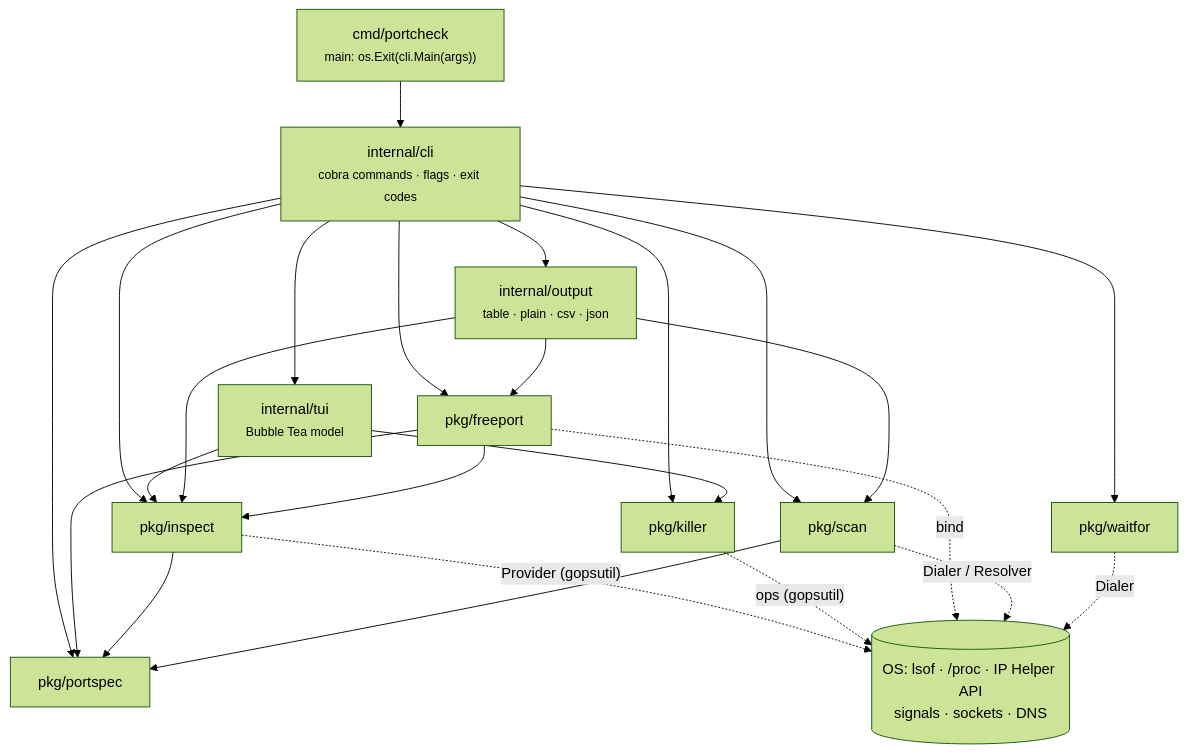
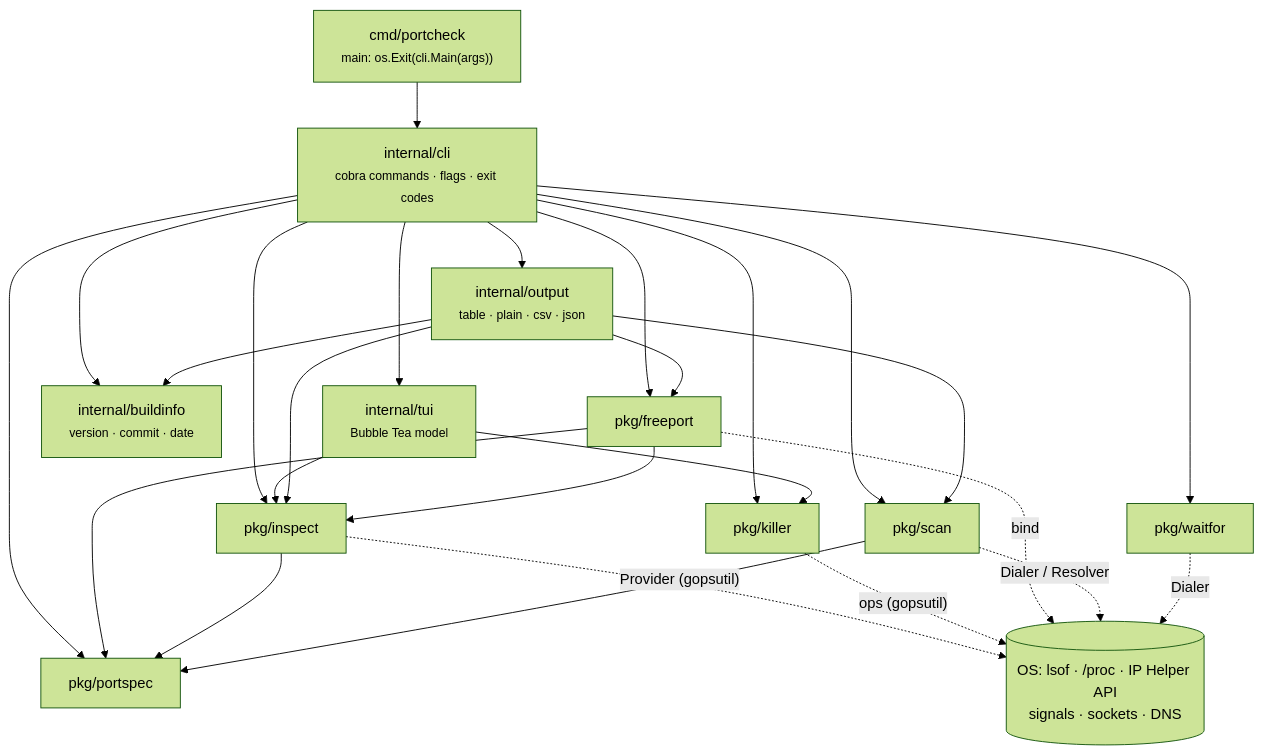
One commit to roystondwork-dev/portcheck changed the first of 2 diagrams in docs/architecture.md. Above: the diagram before and after it, drawn with Mermaid (forest theme). The commit also changed other lines of this file and 20 other files, not shown here.

````diff
--- a/docs/architecture.md
+++ b/docs/architecture.md
@@ -5,28 +5,30 @@
 ```mermaid
 flowchart TD
     main["cmd/portcheck<br/><small>main: os.Exit(cli.Main(args))</small>"]
     cli["internal/cli<br/><small>cobra commands · flags · exit codes</small>"]
     out["internal/output<br/><small>table · plain · csv · json</small>"]
     tui["internal/tui<br/><small>Bubble Tea model</small>"]
+    bi["internal/buildinfo<br/><small>version · commit · date</small>"]
     portspec["pkg/portspec"]
     inspect["pkg/inspect"]
     freeport["pkg/freeport"]
     killer["pkg/killer"]
     scan["pkg/scan"]
     waitfor["pkg/waitfor"]
     os[("OS: lsof · /proc · IP Helper API<br/>signals · sockets · DNS")]
 
     main --> cli
-    cli --> out & tui
+    cli --> out & tui & bi
+    out --> bi
     cli --> portspec & inspect & freeport & killer & scan & waitfor
     tui --> inspect & killer
     out --> inspect & freeport & scan
     freeport --> inspect & portspec
     inspect --> portspec
     scan --> portspec
     inspect -. "Provider (gopsutil)" .-> os
     killer -. "ops (gopsutil)" .-> os
     freeport -. "bind" .-> os
     scan -. "Dialer / Resolver" .-> os
     waitfor -. "Dialer" .-> os
 ```
````
